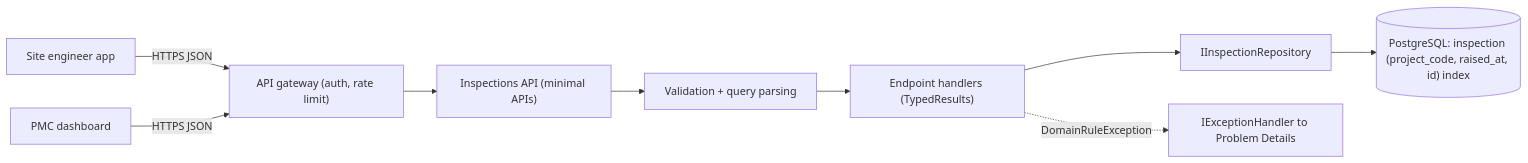
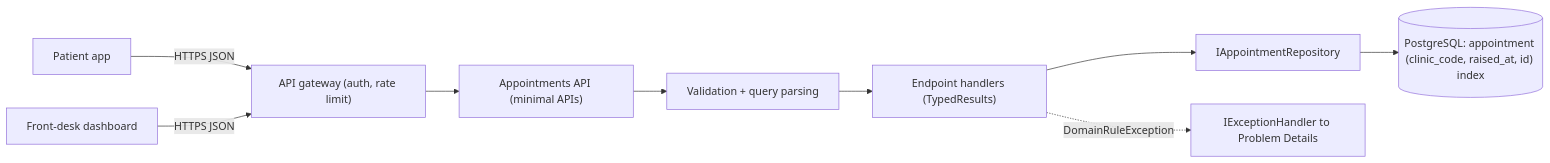
One commit to rizwi0786/system-design-lab changed the first of 3 diagrams in content/lessons/m10/m10-rest-design.md. Above: the diagram before and after it, drawn with Mermaid. The commit also changed other lines of this file and 334 other files, not shown here.

````diff
--- a/content/lessons/m10/m10-rest-design.md
+++ b/content/lessons/m10/m10-rest-design.md
@@ -221,11 +228,11 @@
 ```mermaid
 flowchart LR
-    Mobile["Site engineer app"] -->|"HTTPS JSON"| GW["API gateway (auth, rate limit)"]
-    Web["PMC dashboard"] -->|"HTTPS JSON"| GW
-    GW --> API["Inspections API (minimal APIs)"]
+    Mobile["Patient app"] -->|"HTTPS JSON"| GW["API gateway (auth, rate limit)"]
+    Web["Front-desk dashboard"] -->|"HTTPS JSON"| GW
+    GW --> API["Appointments API (minimal APIs)"]
     API --> V["Validation + query parsing"]
     V --> H["Endpoint handlers (TypedResults)"]
-    H --> R["IInspectionRepository"]
-    R --> DB[("PostgreSQL: inspection (project_code, raised_at, id) index")]
+    H --> R["IAppointmentRepository"]
+    R --> DB[("PostgreSQL: appointment (clinic_code, raised_at, id) index")]
     H -.->|"DomainRuleException"| EH["IExceptionHandler to Problem Details"]
 ```
````
